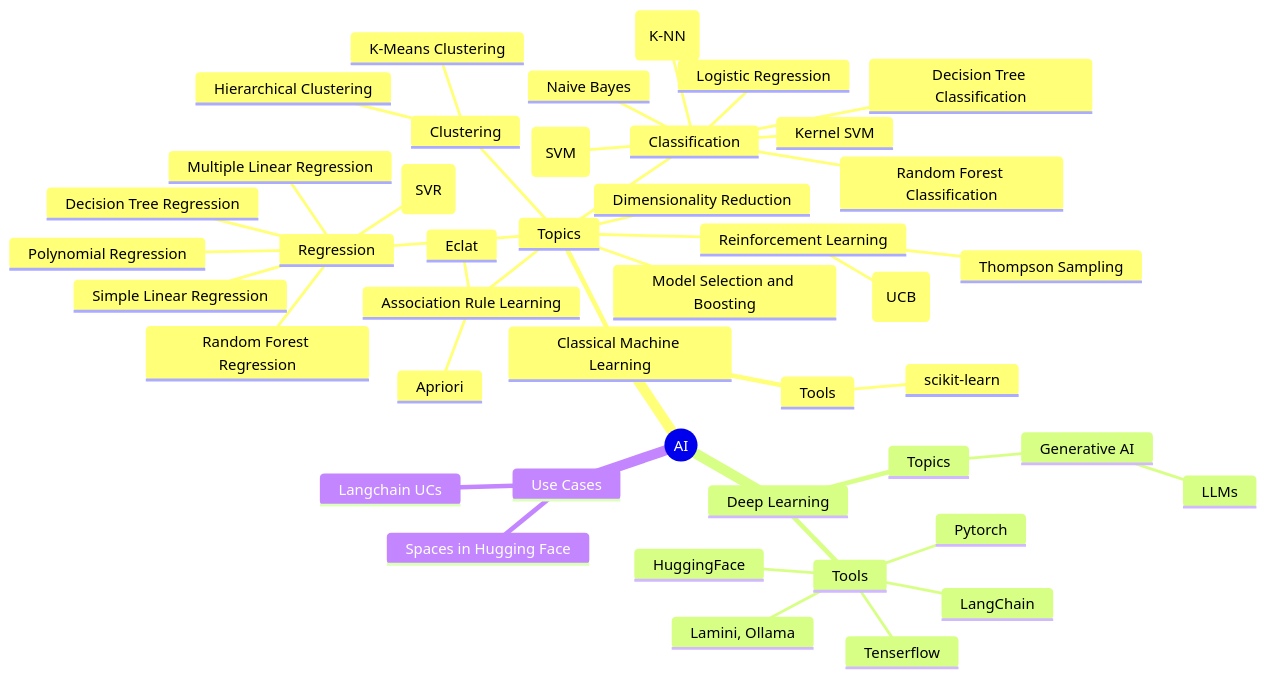
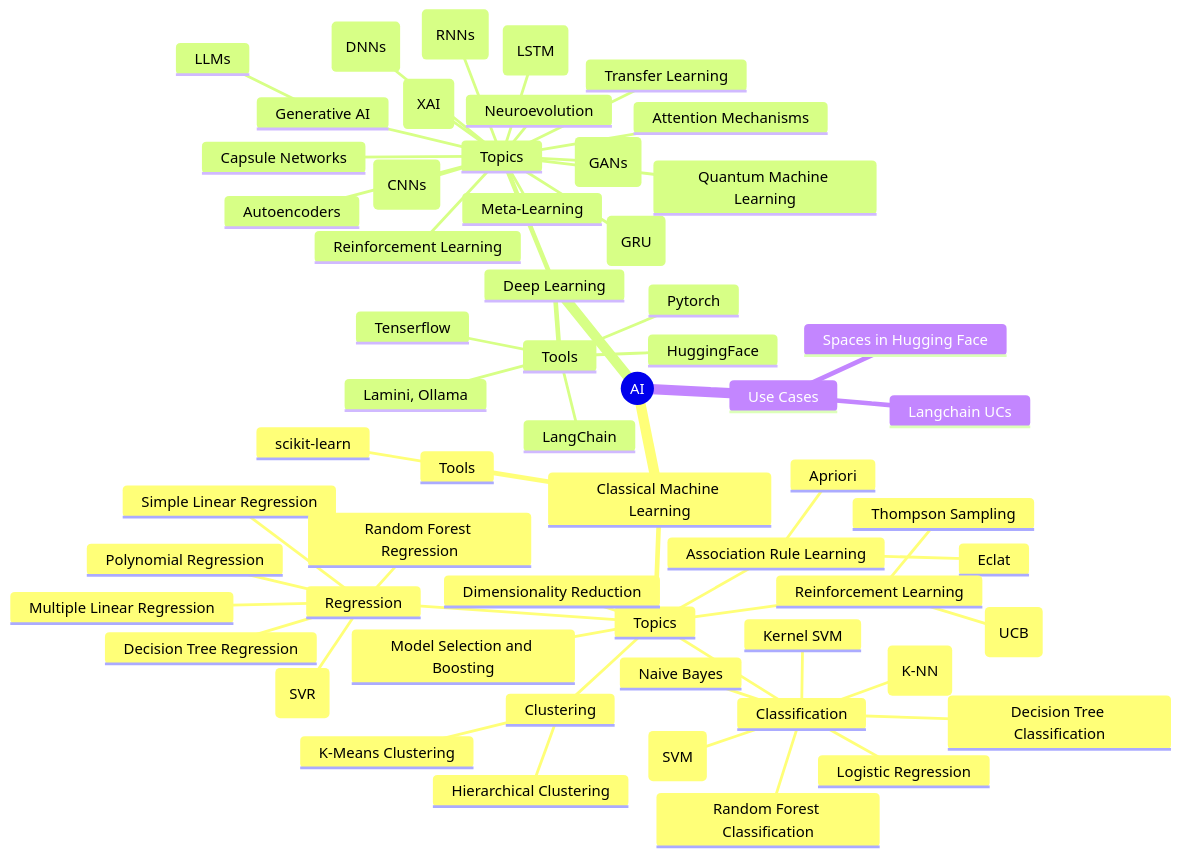
The second of 5 diagrams in README.md (mhddenno/legendary-ml), drawn with Mermaid before and after one commit. The commit also changed other lines of this file, not shown here.

````diff
--- a/README.md
+++ b/README.md
@@ -9,47 +42,62 @@
 ```mermaid
 mindmap
   root((AI))
     Classical Machine Learning
       Topics
         Regression
             Simple Linear Regression
             Multiple Linear Regression
             Polynomial Regression
             Support Vector Regression (SVR)
             Decision Tree Regression
             Random Forest Regression
         Classification
             Logistic Regression
             K-Nearest Neighbors (K-NN)
             Support Vector Machine (SVM)
             Kernel SVM
             Naive Bayes
             Decision Tree Classification
             Random Forest Classification
         Clustering
             K-Means Clustering
             Hierarchical Clustering
         Association Rule Learning
             Apriori
             Eclat
         Reinforcement Learning
             Upper Confidence Bound (UCB)
             Thompson Sampling
         Dimensionality Reduction
         Model Selection and Boosting
       Tools
         scikit-learn
     Deep Learning
       Topics
+        Neural Networks and Deep Neural Networks (DNNs)
+        Convolutional Neural Networks (CNNs)
+        Recurrent Neural Networks (RNNs)
+        Long Short-Term Memory (LSTM)
+        Gated Recurrent Unit (GRU)
+        Autoencoders
+        Generative Adversarial Networks (GANs)
+        Transfer Learning
+        Meta-Learning
+        Attention Mechanisms
+        Reinforcement Learning
+        Explainable AI (XAI)
+        Quantum Machine Learning
+        Capsule Networks
+        Neuroevolution
         Generative AI
             LLMs
       Tools
         Pytorch
         Tenserflow
         LangChain
         HuggingFace
         Lamini, Ollama
     Use Cases
       Spaces in Hugging Face
       Langchain UCs
 ```
````
